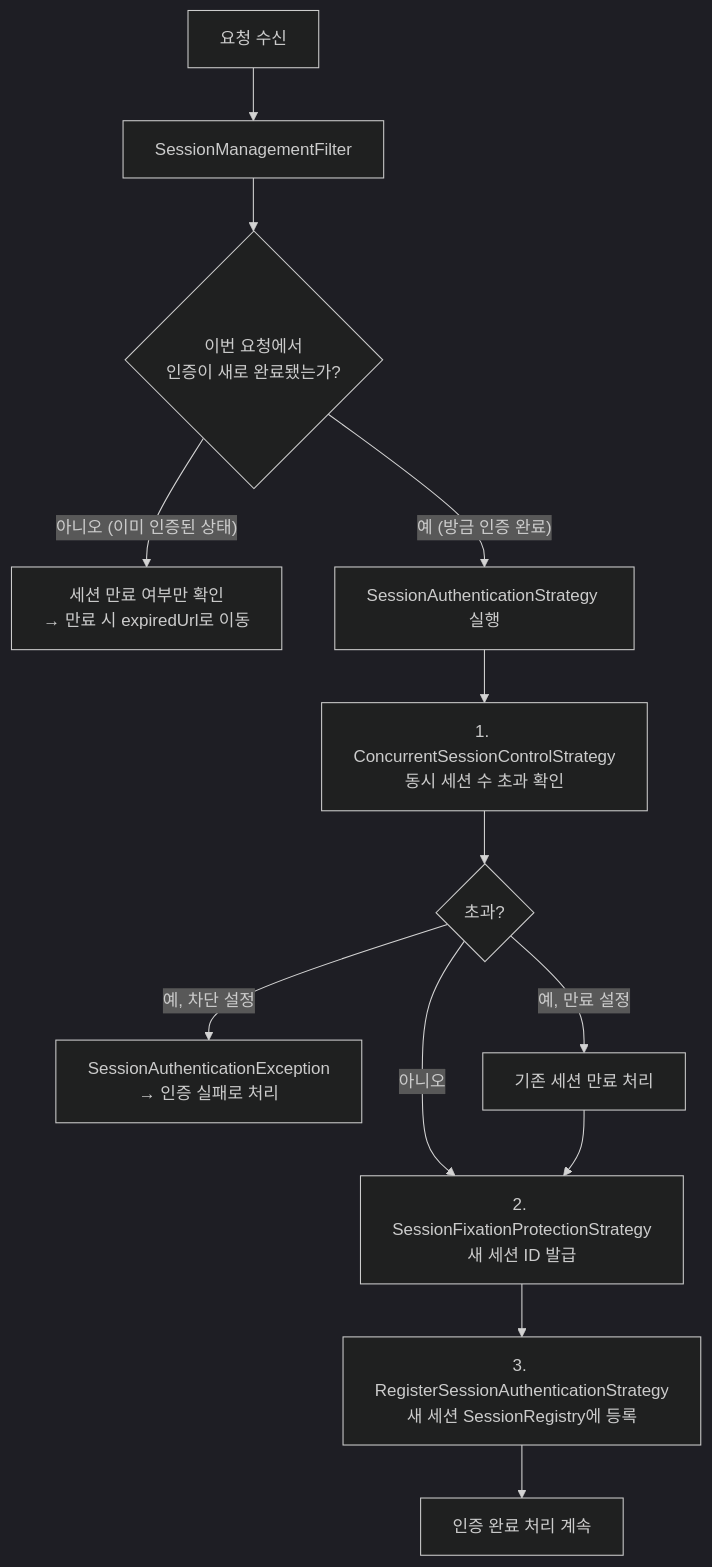
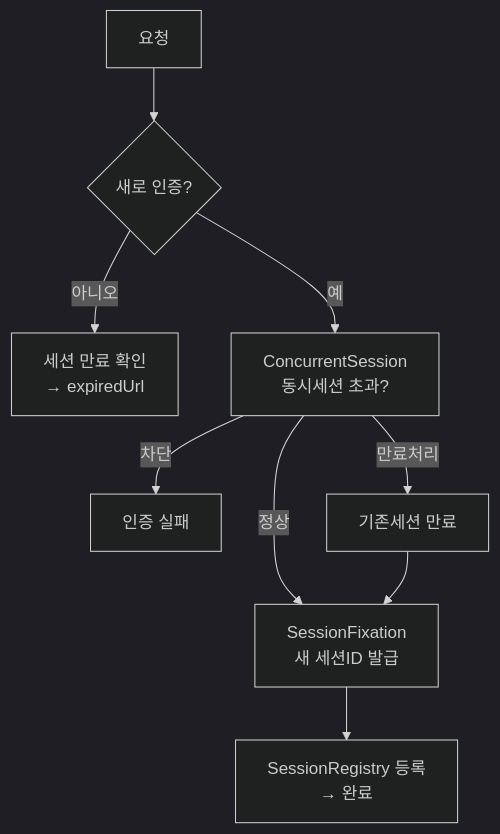
Before and after one commit to yjkim2015/yjkim2015.github.io: the third of 4 diagrams in _posts/security/2021-02-18-세션 제어 필터.md, drawn with Mermaid (dark theme). The commit also changed other lines of this file and 215 other files, not shown here.

First line of the commit message:
신규 포스트 10개 추가 + Mermaid 전면 축소 + SystemDesign 시리즈 보강

````diff
--- a/_posts/security/2021-02-18-세션 제어 필터.md
+++ b/_posts/security/2021-02-18-세션 제어 필터.md
@@ -118,15 +115,11 @@
 ```mermaid
 flowchart TD
-    A["요청 수신"] --> B["SessionManagementFilter"]
-    B --> C{"이번 요청에서\n인증이 새로 완료됐는가?"}
-    C -- "아니오 (이미 인증된 상태)" --> D["세션 만료 여부만 확인\n→ 만료 시 expiredUrl로 이동"]
-    C -- "예 (방금 인증 완료)" --> E["SessionAuthenticationStrategy 실행"]
-    E --> F["1. ConcurrentSessionControlStrategy\n동시 세션 수 초과 확인"]
-    F --> G{"초과?"}
-    G -- "예, 차단 설정" --> H["SessionAuthenticationException\n→ 인증 실패로 처리"]
-    G -- "예, 만료 설정" --> I["기존 세션 만료 처리"]
-    G -- "아니오" --> J["2. SessionFixationProtectionStrategy\n새 세션 ID 발급"]
-    I --> J
-    J --> K["3. RegisterSessionAuthenticationStrategy\n새 세션 SessionRegistry에 등록"]
-    K --> L["인증 완료 처리 계속"]
+    A["요청"] --> B{"새로 인증?"}
+    B -- "아니오" --> C["세션 만료 확인\n→ expiredUrl"]
+    B -- "예" --> D["ConcurrentSession\n동시세션 초과?"]
+    D -- "차단" --> E["인증 실패"]
+    D -- "만료처리" --> F["기존세션 만료"]
+    D -- "정상" --> G["SessionFixation\n새 세션ID 발급"]
+    F --> G
+    G --> H["SessionRegistry 등록\n→ 완료"]
 ```
````
